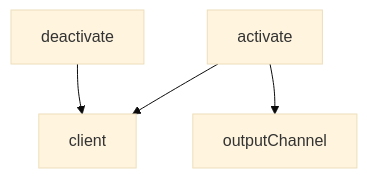
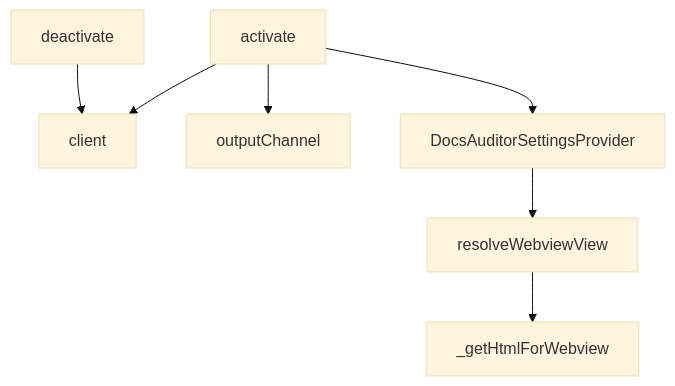
One commit to DovahkiinYuzuko/DocsAuditor changed the diagram in docs/variables'n'functions/[TypeScript]extension.md. Above: the diagram before and after it, drawn with Mermaid (base theme). The commit also changed other lines of this file and 7 other files, not shown here.

````diff
--- a/docs/variables'n'functions/[TypeScript]extension.md
+++ b/docs/variables'n'functions/[TypeScript]extension.md
@@ -49,6 +56,9 @@
 ```mermaid
 graph TD
     activate --> client
     activate --> outputChannel
+    activate --> DocsAuditorSettingsProvider
     deactivate --> client
+    DocsAuditorSettingsProvider --> resolveWebviewView
+    resolveWebviewView --> _getHtmlForWebview
 ```
````
